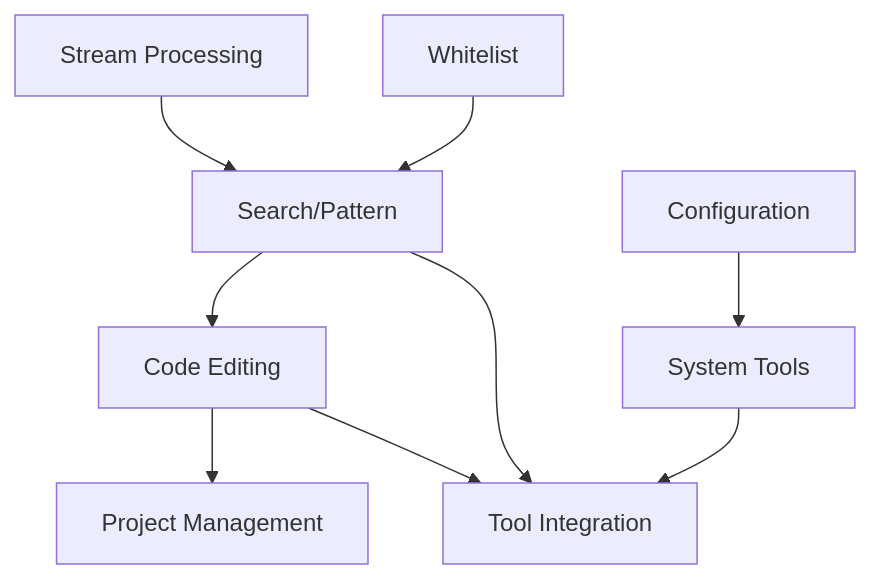
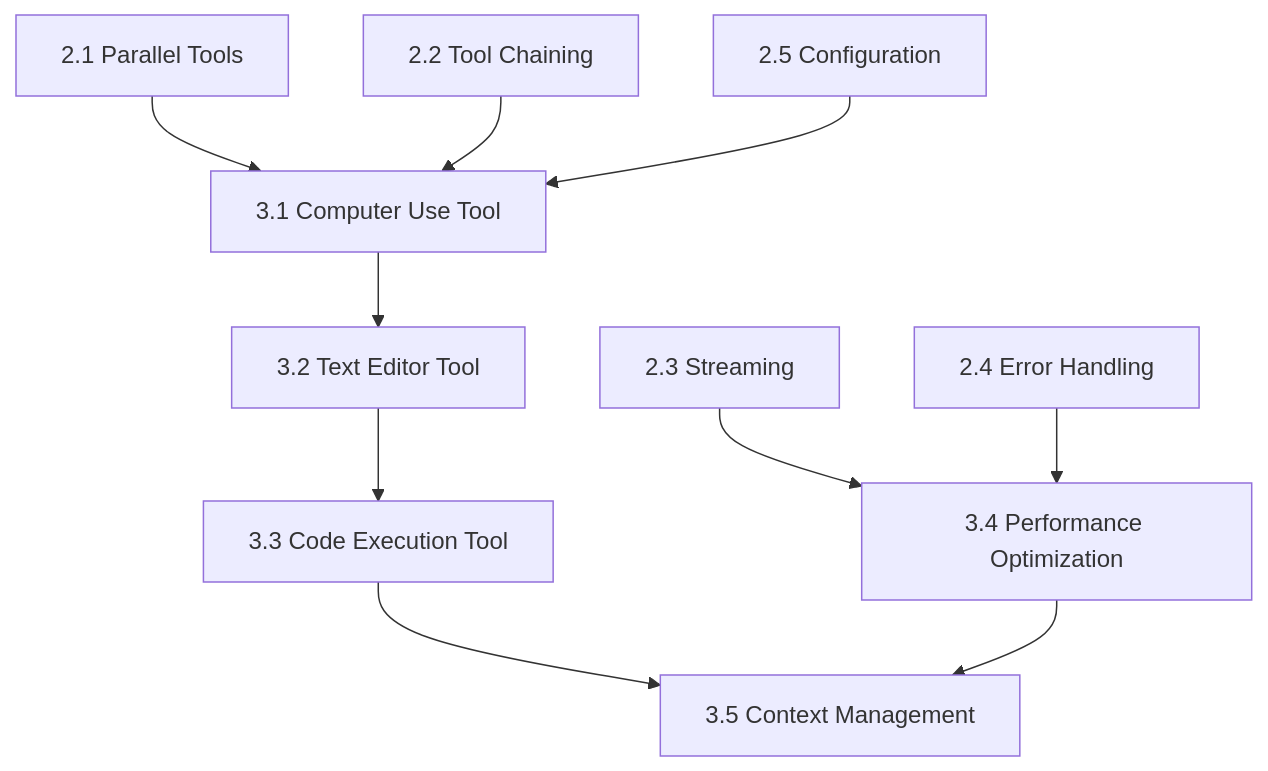
One commit to RolandLittlehales/rustic-agent changed the third of 4 diagrams in docs/implementation-sequencing.md. Above: the diagram before and after it, drawn with Mermaid. The commit also changed other lines of this file, not shown here.

````diff
--- a/docs/implementation-sequencing.md
+++ b/docs/implementation-sequencing.md
@@ -52,11 +72,12 @@
 ```mermaid
 graph TD
-    2.1[Stream Processing] --> 3.1[Search/Pattern]
-    2.2[Whitelist] --> 3.1
-    3.1 --> 3.2[Code Editing]
-    3.2 --> 3.3[Project Management]
-    2.3[Configuration] --> 3.4[System Tools]
-    3.1 --> 3.5[Tool Integration]
-    3.2 --> 3.5
+    2.1[2.1 Parallel Tools] --> 3.1[3.1 Computer Use Tool]
+    2.2[2.2 Tool Chaining] --> 3.1
+    2.5[2.5 Configuration] --> 3.1
+    3.1 --> 3.2[3.2 Text Editor Tool]
+    3.2 --> 3.3[3.3 Code Execution Tool]
+    2.3[2.3 Streaming] --> 3.4[3.4 Performance Optimization]
+    2.4[2.4 Error Handling] --> 3.4
+    3.3 --> 3.5[3.5 Context Management]
     3.4 --> 3.5
 ```
````
